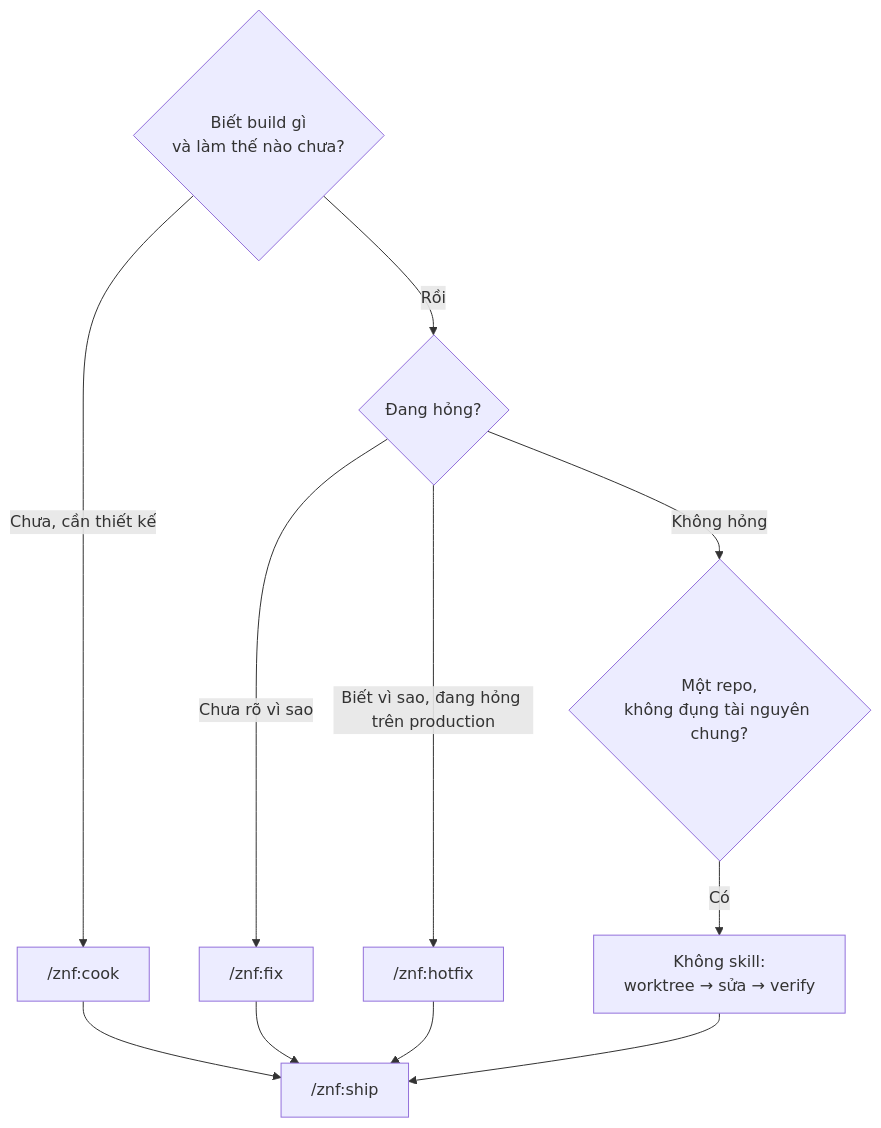
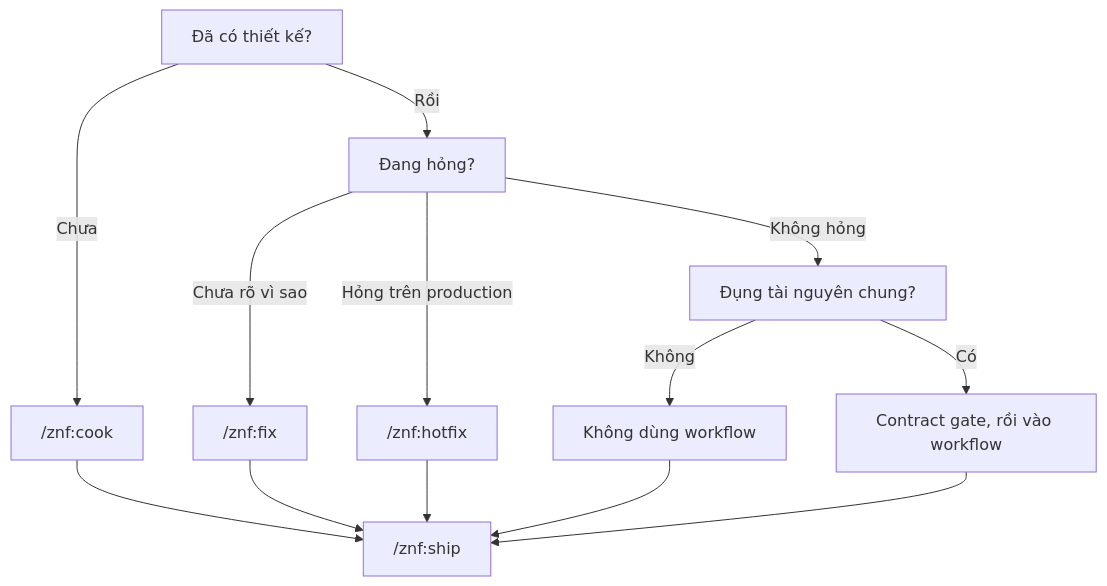
The diagram in website/workflows/index.md (ZenifyAIContactCenter/zenify-kit), drawn with Mermaid before and after one commit. The commit also changed other lines of this file and 3 other files, not shown here.

Commit message:
wip(website): sample page — Claude-docs style theme, mermaid palette, plain-voice rewrite of workflows/index

````diff
--- a/website/workflows/index.md
+++ b/website/workflows/index.md
@@ -20,13 +20,18 @@
 ```mermaid
 flowchart TD
-  A{Biết build gì<br/>và làm thế nào chưa?} -- Chưa, cần thiết kế --> B["/znf:cook"]
-  A -- Rồi --> C{Đang hỏng?}
-  C -- Chưa rõ vì sao --> D["/znf:fix"]
-  C -- Biết vì sao, đang hỏng trên production --> E["/znf:hotfix"]
-  C -- Không hỏng --> F{Một repo,<br/>không đụng tài nguyên chung?}
-  F -- Có --> G[Không skill:<br/>worktree → sửa → verify]
-  B --> H["/znf:ship"]
-  D --> H
-  E --> H
-  G --> H
+  Q1["Đã có thiết kế?"]
+  Q1 -->|Chưa| COOK["/znf:cook"]
+  Q1 -->|Rồi| Q2["Đang hỏng?"]
+  Q2 -->|Chưa rõ vì sao| FIX["/znf:fix"]
+  Q2 -->|Hỏng trên production| HOT["/znf:hotfix"]
+  Q2 -->|Không hỏng| Q3["Đụng tài nguyên chung?"]
+  Q3 -->|Không| PLAIN["Không dùng workflow"]
+  Q3 -->|Có| GATE["Contract gate, rồi vào workflow"]
+  COOK --> SHIP["/znf:ship"]
+  FIX --> SHIP
+  HOT --> SHIP
+  PLAIN --> SHIP
+  GATE --> SHIP
+  class COOK,FIX,HOT,SHIP action
+  class Q1,Q2,Q3 user
 ```
````
